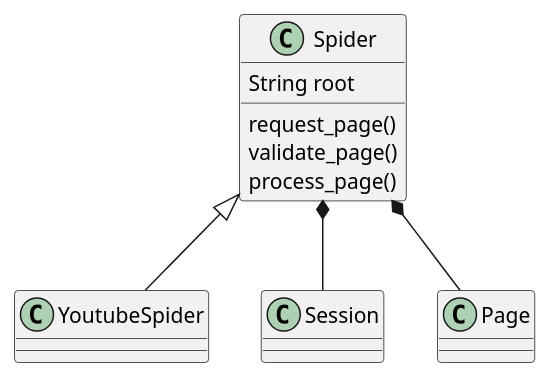
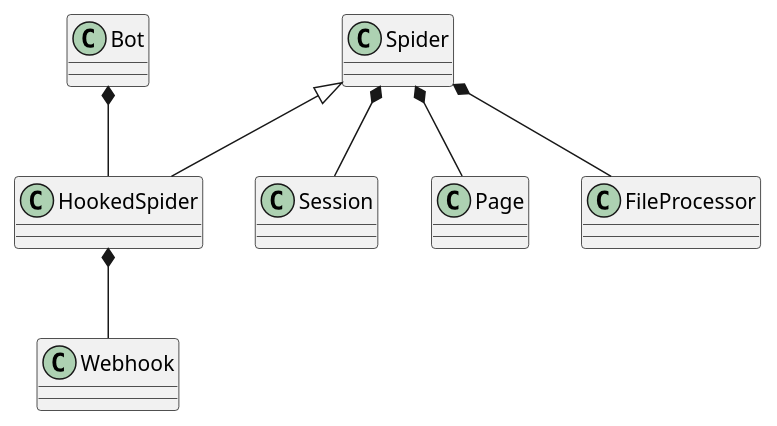
One commit to AntonMaxen/TH-Spyder changed the diagram in uml.puml. Above: the diagram before and after it, drawn with PlantUML. The commit also changed 20 other files, not shown here.

Commit message:
final cleanup deleted dev tests in all classes and mad documentation comments in each of the classes, updated the uml

```diff
--- a/uml.puml
+++ b/uml.puml
@@ -1,11 +1,8 @@
 @startuml
-Spider <|-- YoutubeSpider
+Spider <|-- HookedSpider
 Spider *-- Session
 Spider *-- Page
-
-Spider : String root
-Spider : request_page()
-Spider : validate_page()
-Spider : process_page()
-
+Spider *-- FileProcessor
+Bot *-- HookedSpider
+HookedSpider *-- Webhook
 @enduml
```
